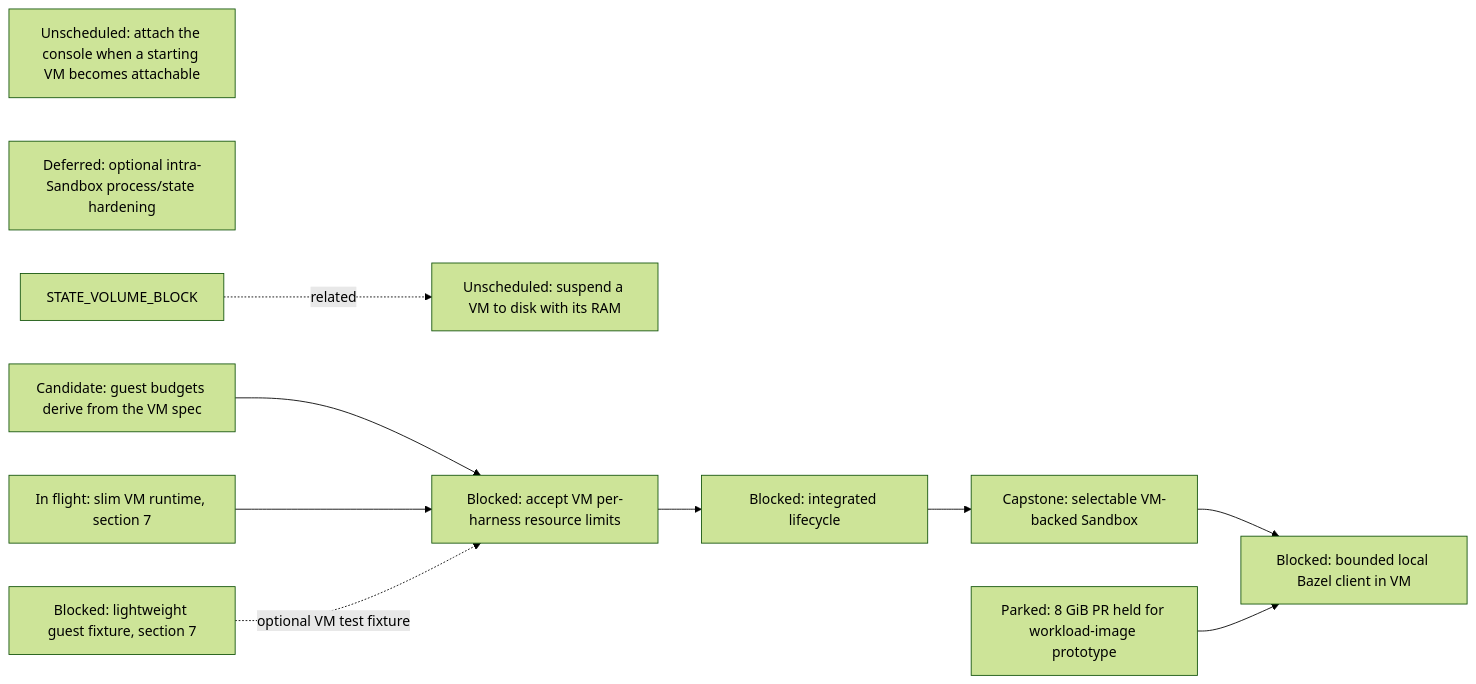
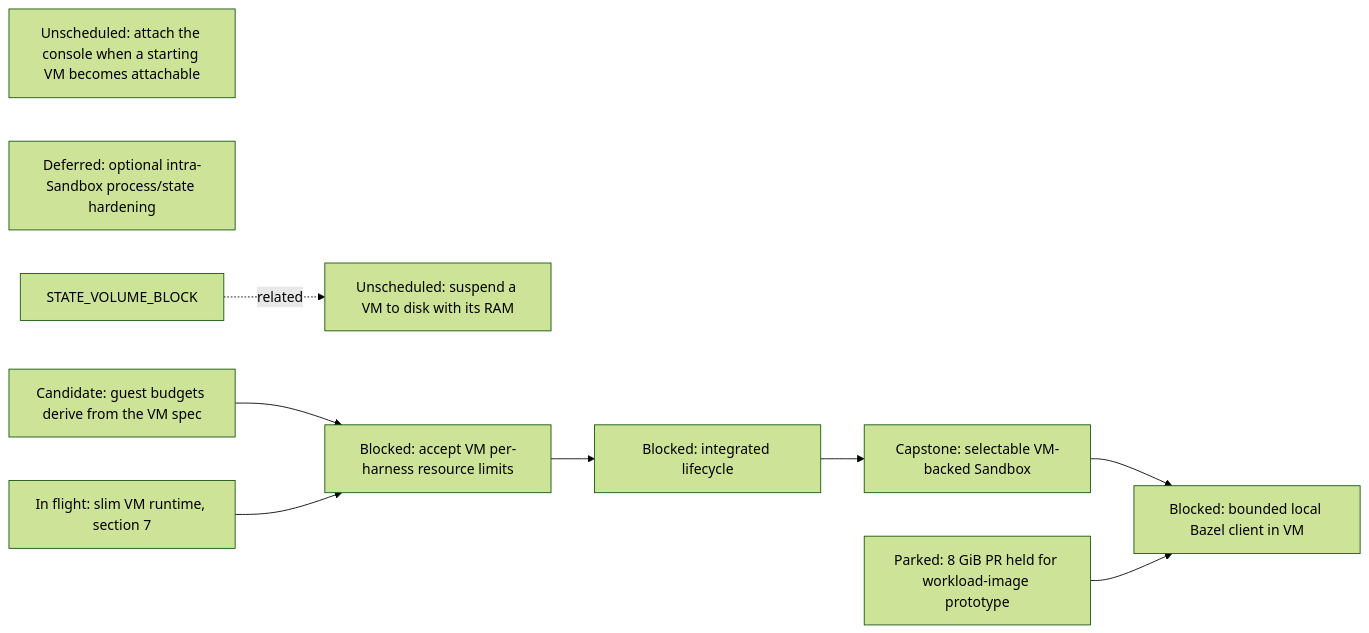
One commit to agentydragon-agent/ducktape changed the seventh of 19 diagrams in agentplane/plans/task_dag.md. Above: the diagram before and after it, drawn with Mermaid (forest theme). The commit also changed other lines of this file and 22 other files, not shown here.

````diff
--- a/agentplane/plans/task_dag.md
+++ b/agentplane/plans/task_dag.md
@@ -627,20 +627,18 @@
 ```mermaid
 flowchart LR
     VM_RAM_SUSPEND[Unscheduled: suspend a VM to disk with its RAM]
     VM_CONSOLE_DEFERRED_ATTACH[Unscheduled: attach the console when a starting VM becomes attachable]
     VM_HARNESS_RESOURCE_LIMITS[Blocked: accept VM per-harness resource limits]
     VM_INTRA_SANDBOX_HARDENING[Deferred: optional intra-Sandbox process/state hardening]
     RUNNER_LAYERING_VM[In flight: slim VM runtime, section 7]
-    K3S_VM_IMAGE[Blocked: lightweight guest fixture, section 7]
     VM_LIFECYCLE[Blocked: integrated lifecycle]
     STATE_VOLUME_BLOCK -. related .-> VM_RAM_SUSPEND
     VM_HARNESS_RESOURCE_LIMITS --> VM_LIFECYCLE
     VM_GUEST_BUDGET_DERIVE --> VM_HARNESS_RESOURCE_LIMITS
     RUNNER_LAYERING_VM --> VM_HARNESS_RESOURCE_LIMITS
-    K3S_VM_IMAGE -. optional VM test fixture .-> VM_HARNESS_RESOURCE_LIMITS
     VM_LIFECYCLE --> SANDBOX_VM_ISOLATION[Capstone: selectable VM-backed Sandbox]
     VM_GUEST_MEMORY[Parked: 8 GiB PR held for workload-image prototype]
     VM_GUEST_BUDGET_DERIVE[Candidate: guest budgets derive from the VM spec]
     SANDBOX_VM_ISOLATION --> LOCAL_BAZEL[Blocked: bounded local Bazel client in VM]
     VM_GUEST_MEMORY --> LOCAL_BAZEL
 ```
````
